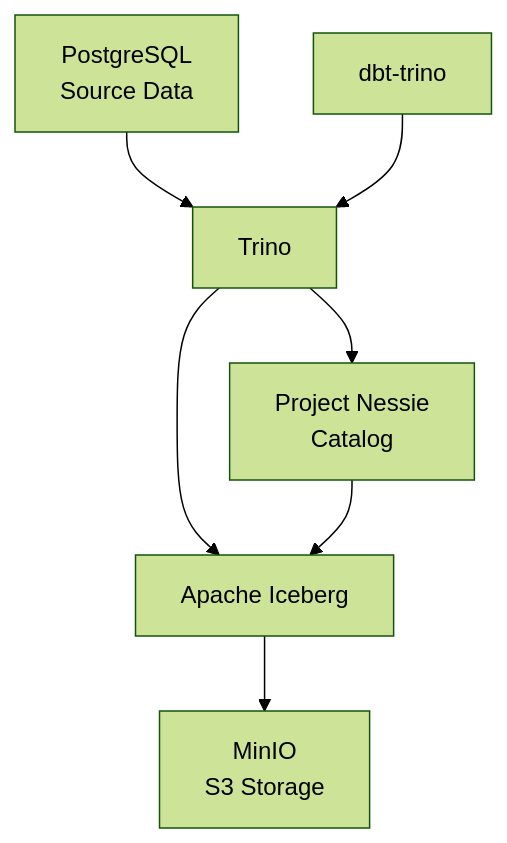
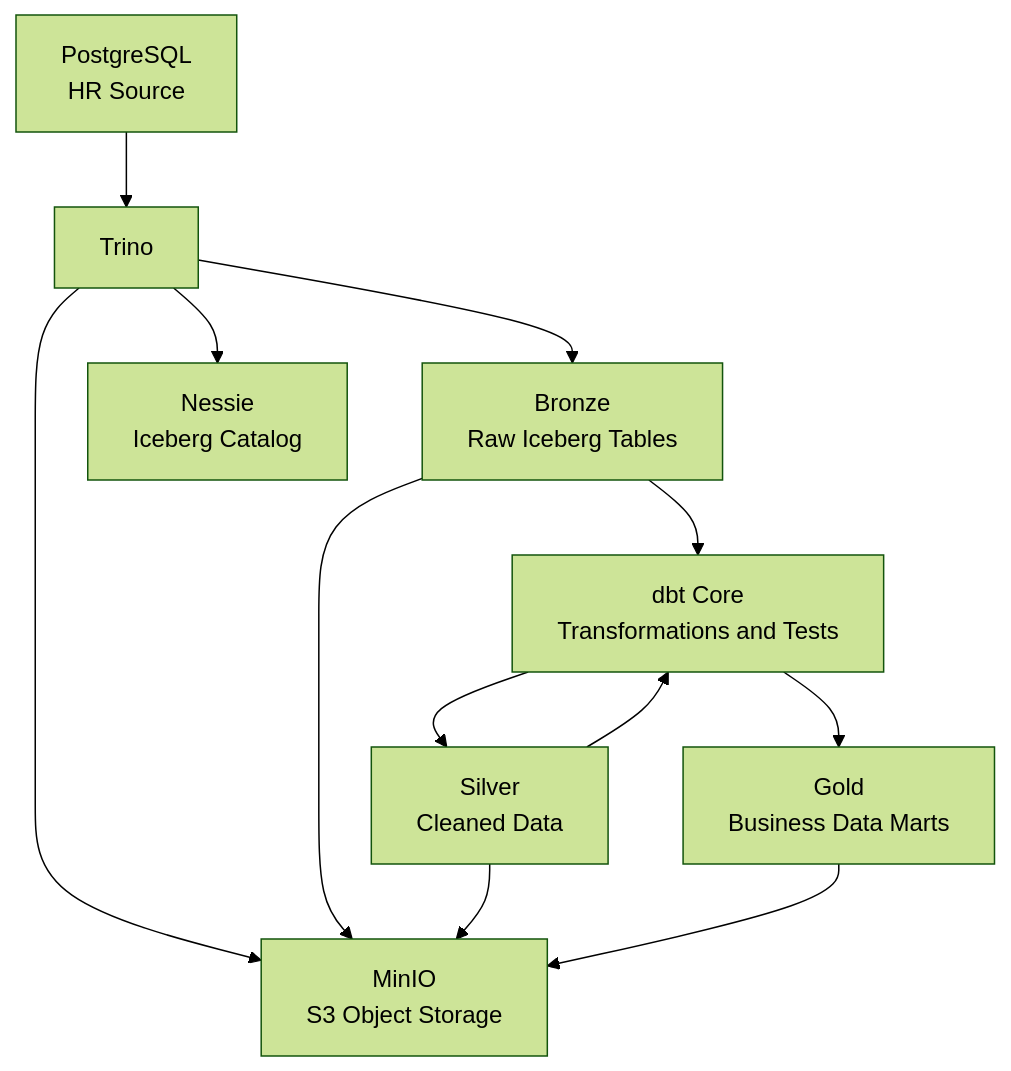
The diagram in README.md (eerokhin/trino-iceberg-lab), drawn with Mermaid (forest theme) before and after one commit. The commit also changed other lines of this file and 39 other files, not shown here.

Commit message:
Build HR Lakehouse with dbt and Iceberg

````diff
--- a/README.md
+++ b/README.md
@@ -35,16 +23,23 @@
 ```mermaid
 flowchart TD
-    A[PostgreSQL<br/>Source Data]
+    A[PostgreSQL<br/>HR Source]
     B[Trino]
-    C[dbt-trino]
-    D[Project Nessie<br/>Catalog]
-    E[Apache Iceberg]
-    F[MinIO<br/>S3 Storage]
+    C[Bronze<br/>Raw Iceberg Tables]
+    D[Silver<br/>Cleaned Data]
+    E[Gold<br/>Business Data Marts]
+    F[MinIO<br/>S3 Object Storage]
+    G[Nessie<br/>Iceberg Catalog]
+    H[dbt Core<br/>Transformations and Tests]
 
     A --> B
-    C --> B
-    B --> D
-    B --> E
+    B --> C
+    C --> H
+    H --> D
+    D --> H
+    H --> E
+    B --> G
+    B --> F
+    C --> F
+    D --> F
     E --> F
-    D --> E
 ```
````
